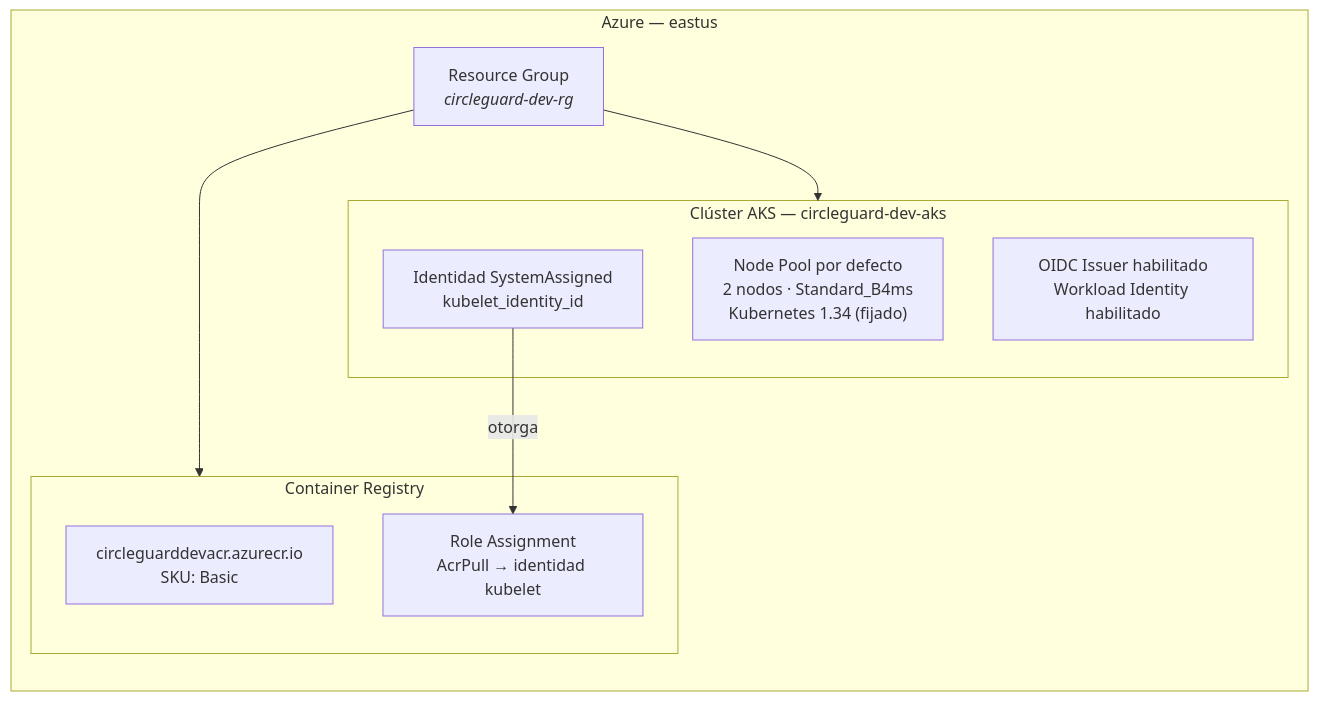
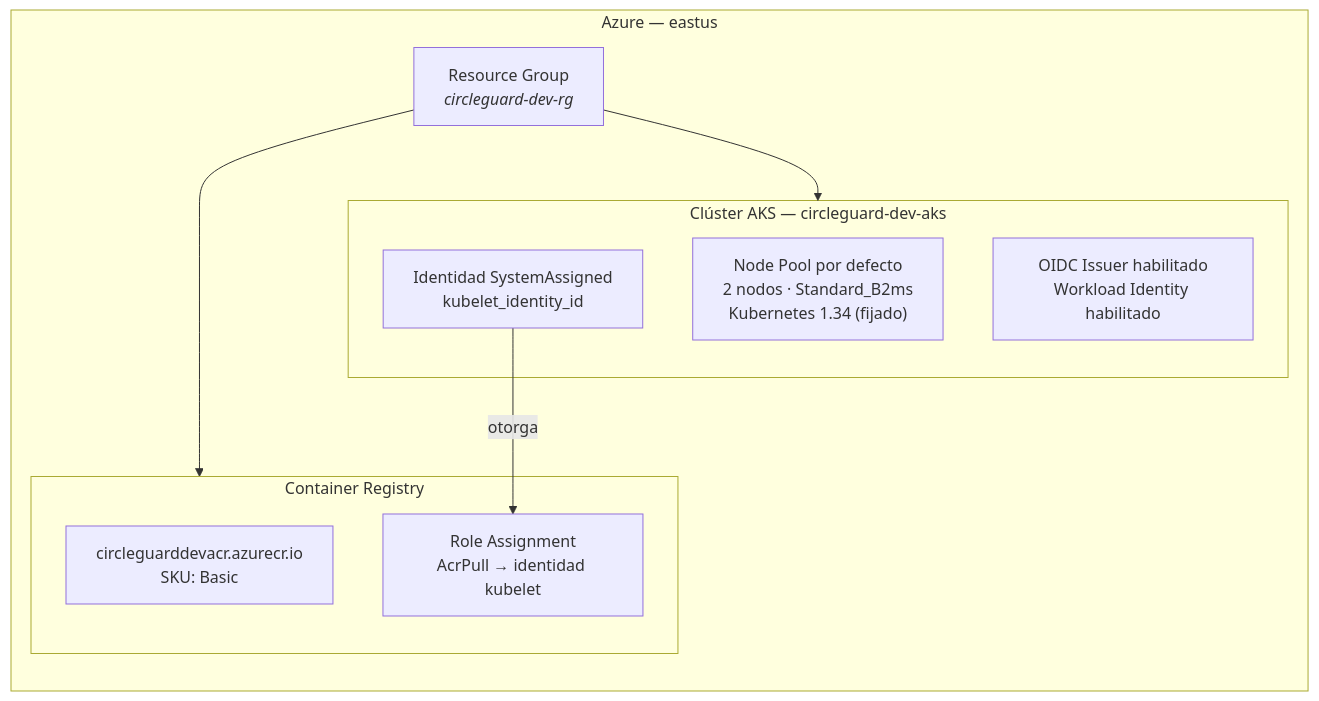
The second of 4 diagrams in docs/diagrams/terraform-infrastructure.md (Electromayonaise/Circle-Guard-IngSoV), drawn with Mermaid before and after one commit. The commit also changed 1 other file, not shown here.

Commit message:
fix(infra): downgrade to Standard_B2ms due to vCPU quota limit in eastus

````diff
--- a/docs/diagrams/terraform-infrastructure.md
+++ b/docs/diagrams/terraform-infrastructure.md
@@ -45,21 +45,21 @@
 ```mermaid
 graph LR
     subgraph AZ["Azure — eastus"]
         RG["Resource Group<br/><i>circleguard-dev-rg</i>"]
 
         subgraph AKS_BOX["Clúster AKS — circleguard-dev-aks"]
-            NP["Node Pool por defecto<br/>2 nodos · Standard_B4ms<br/>Kubernetes 1.34 (fijado)"]
+            NP["Node Pool por defecto<br/>2 nodos · Standard_B2ms<br/>Kubernetes 1.34 (fijado)"]
             OID["OIDC Issuer habilitado<br/>Workload Identity habilitado"]
             ID["Identidad SystemAssigned<br/>kubelet_identity_id"]
         end
 
         subgraph ACR_BOX["Container Registry"]
             ACR_NAME["circleguarddevacr.azurecr.io<br/>SKU: Basic"]
             ROLE["Role Assignment<br/>AcrPull → identidad kubelet"]
         end
 
         RG --> AKS_BOX
         RG --> ACR_BOX
         ID -->|"otorga"| ROLE
     end
 ```
````
